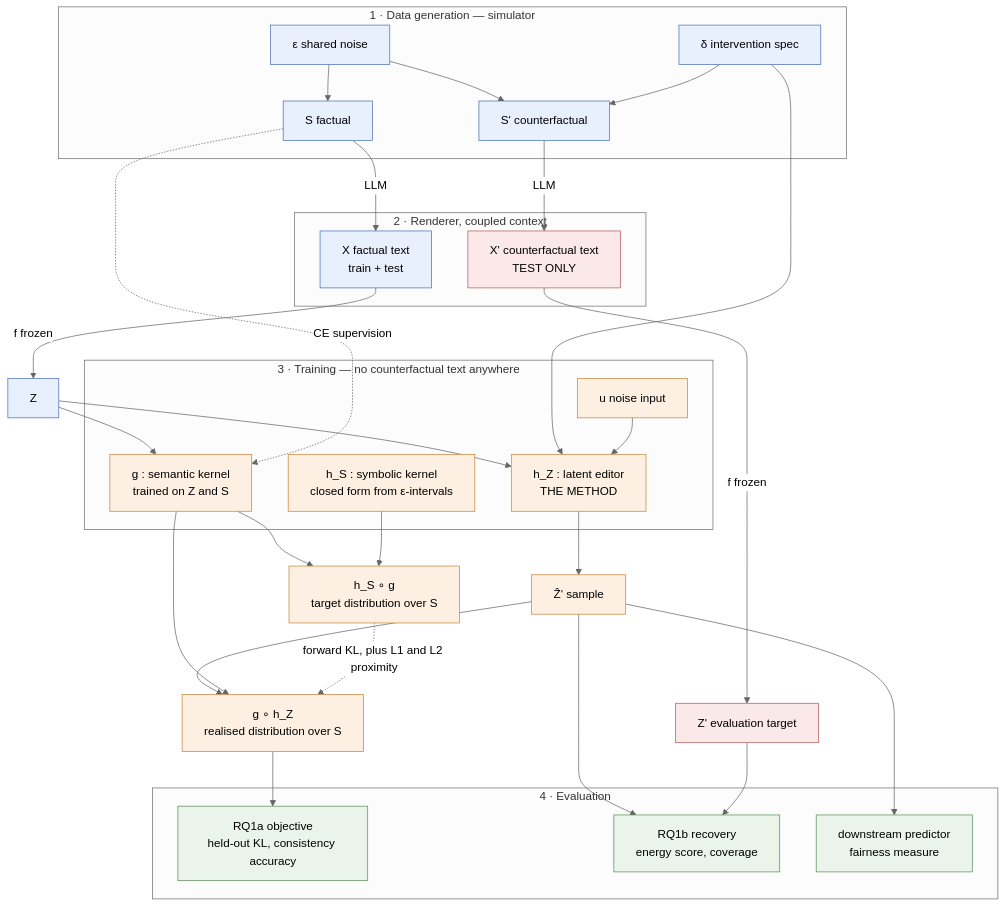
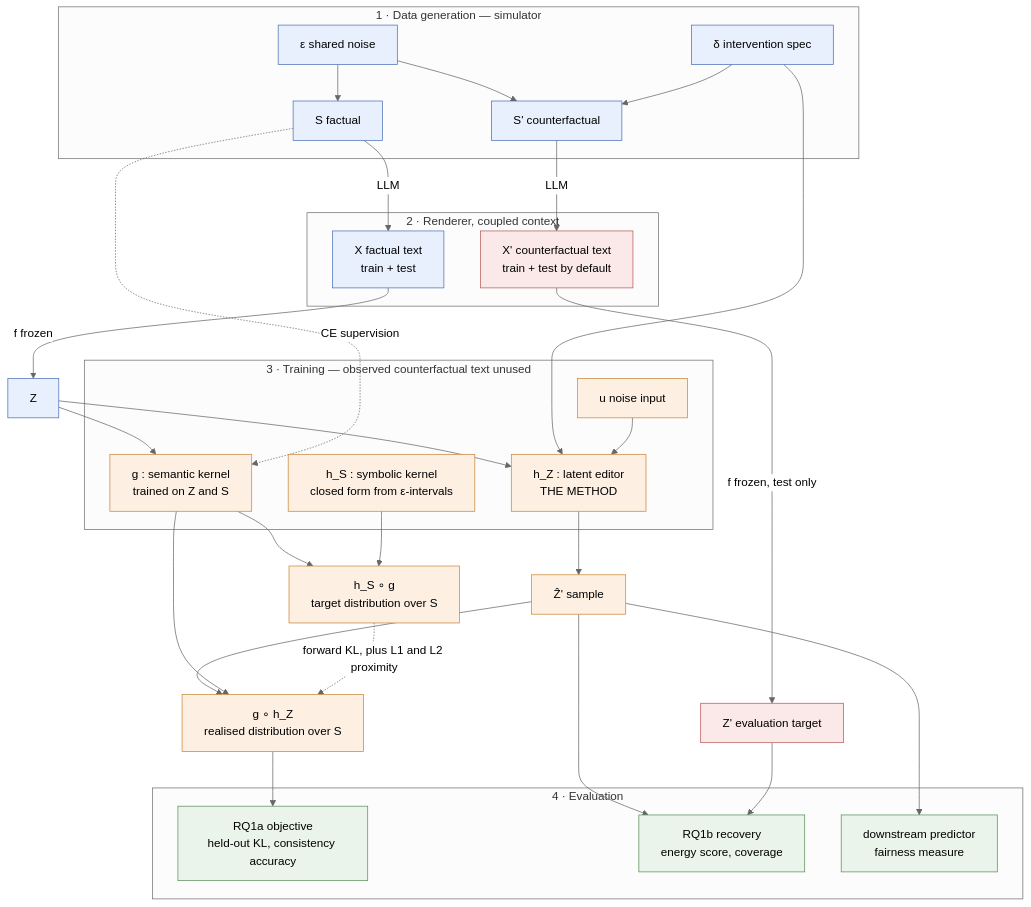
One commit to kestelnadomu/latent_intervention changed the diagram in docs/experiments.md. Above: the diagram before and after it, drawn with Mermaid (neutral theme). The commit also changed other lines of this file and 11 other files, not shown here.

Commit message:
adding toggle `include_train_counterfactual_texts: true`

````diff
--- a/docs/experiments.md
+++ b/docs/experiments.md
@@ -157,60 +162,60 @@
 ```mermaid
 flowchart TB
     subgraph GEN["1 · Data generation — simulator"]
         EPS["ε shared noise"]
         DO["δ intervention spec"]
         SF["S factual"]
         SC["S' counterfactual"]
         EPS --> SF
         EPS --> SC
         DO --> SC
     end
 
     subgraph TXT["2 · Renderer, coupled context"]
         XF["X factual text<br/>train + test"]
-        XC["X' counterfactual text<br/>TEST ONLY"]
+        XC["X' counterfactual text<br/>train + test by default"]
     end
     SF -->|LLM| XF
     SC -->|LLM| XC
 
     XF -->|"f frozen"| Z["Z"]
-    XC -->|"f frozen"| ZP["Z' evaluation target"]
+    XC -->|"f frozen, test only"| ZP["Z' evaluation target"]
 
-    subgraph TRAIN["3 · Training — no counterfactual text anywhere"]
+    subgraph TRAIN["3 · Training — observed counterfactual text unused"]
         G["g : semantic kernel<br/>trained on Z and S"]
         HS["h_S : symbolic kernel<br/>closed form from ε-intervals"]
         HZ["h_Z : latent editor<br/>THE METHOD"]
         U["u noise input"]
     end
 
     Z --> G
     SF -.->|"CE supervision"| G
     G --> COMP1["h_S ∘ g<br/>target distribution over S"]
     HS --> COMP1
     Z --> HZ
     DO --> HZ
     U --> HZ
     HZ --> ZH["Ẑ' sample"]
     ZH --> COMP2["g ∘ h_Z<br/>realised distribution over S"]
     G --> COMP2
     COMP1 -.->|"forward KL, plus L1 and L2 proximity"| COMP2
 
     subgraph EVAL["4 · Evaluation"]
         E1["RQ1a objective<br/>held-out KL, consistency accuracy"]
         E2["RQ1b recovery<br/>energy score, coverage"]
         E3["downstream predictor<br/>fairness measure"]
     end
     COMP2 --> E1
     ZH --> E2
     ZP --> E2
     ZH --> E3
 
     classDef sim fill:#e8f0fe,stroke:#4a72b8
     classDef learn fill:#fdf0e3,stroke:#c8873a
     classDef eval fill:#eaf4ea,stroke:#5a8f5a
     classDef test fill:#fbe9e9,stroke:#b85a5a
     class EPS,DO,SF,SC,XF,Z sim
     class G,HS,HZ,U,COMP1,COMP2,ZH learn
     class E1,E2,E3 eval
     class XC,ZP test
 ```
````
